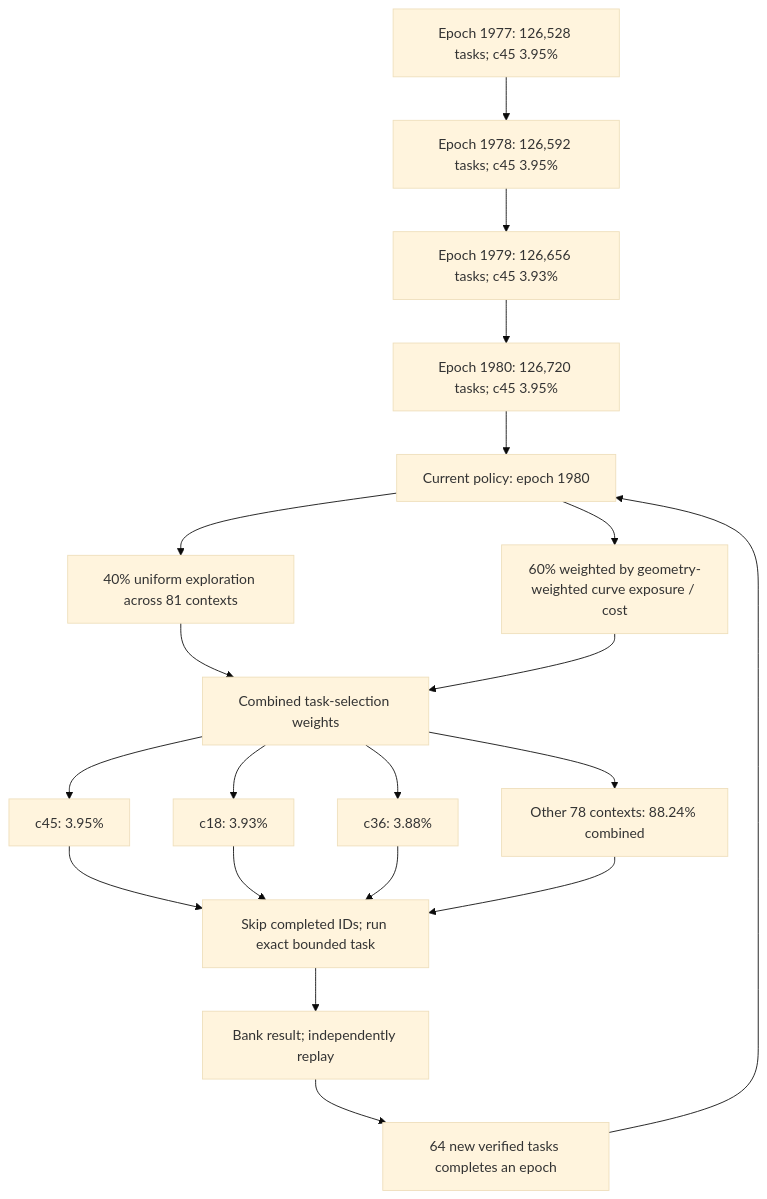
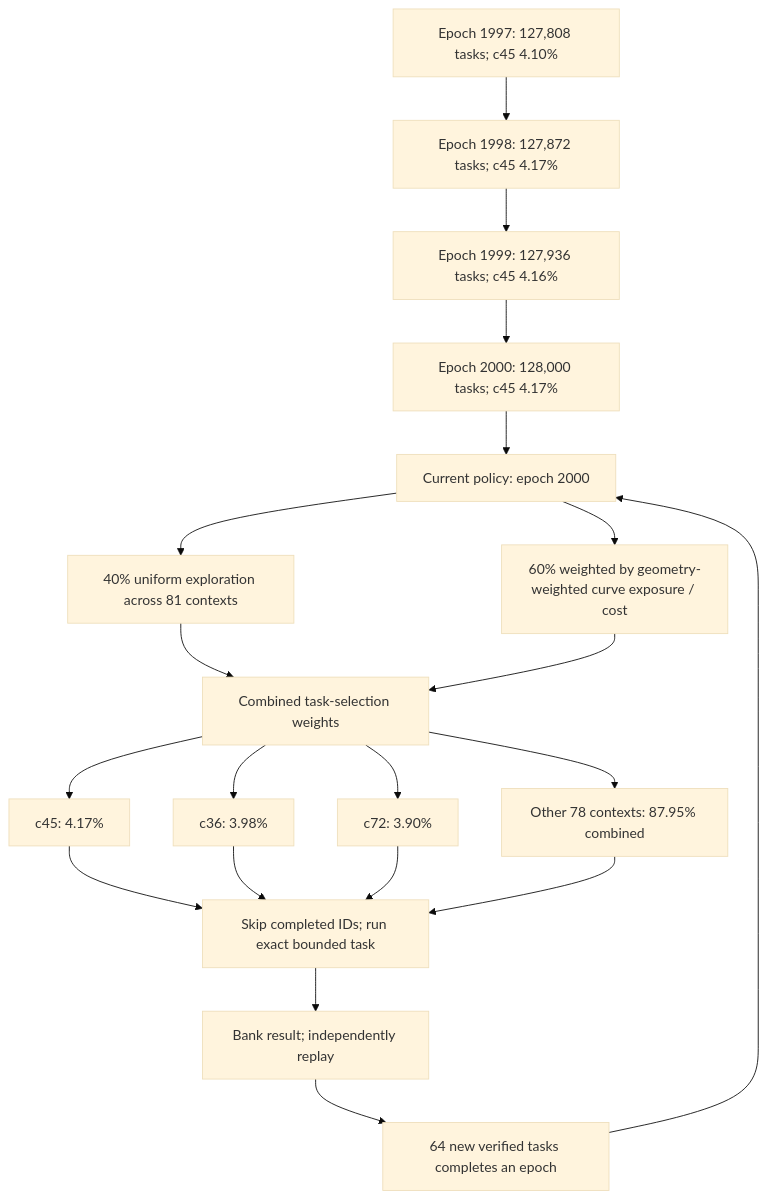
Before and after one commit to Kuberwastaken/math-gambling: the first of 3 diagrams in README.md, drawn with Mermaid (base theme). The commit also changed other lines of this file and 2634 other files, not shown here.

````diff
--- a/README.md
+++ b/README.md
@@ -56,27 +56,27 @@
 ```mermaid
 flowchart TD
-    H0["Epoch 1977: 126,528 tasks; c45 3.95%"]
-    H1["Epoch 1978: 126,592 tasks; c45 3.95%"]
+    H0["Epoch 1997: 127,808 tasks; c45 4.10%"]
+    H1["Epoch 1998: 127,872 tasks; c45 4.17%"]
     H0 --> H1
-    H2["Epoch 1979: 126,656 tasks; c45 3.93%"]
+    H2["Epoch 1999: 127,936 tasks; c45 4.16%"]
     H1 --> H2
-    H3["Epoch 1980: 126,720 tasks; c45 3.95%"]
+    H3["Epoch 2000: 128,000 tasks; c45 4.17%"]
     H2 --> H3
-    Policy["Current policy: epoch 1980"]
+    Policy["Current policy: epoch 2000"]
     H3 --> Policy
     Policy --> Explore["40% uniform exploration across 81 contexts"]
     Policy --> Cost["60% weighted by geometry-weighted curve exposure / cost"]
     Explore --> Mix["Combined task-selection weights"]
     Cost --> Mix
-    Mix --> C0["c45: 3.95%"]
-    Mix --> C1["c18: 3.93%"]
-    Mix --> C2["c36: 3.88%"]
-    Mix --> Rest["Other 78 contexts: 88.24% combined"]
+    Mix --> C0["c45: 4.17%"]
+    Mix --> C1["c36: 3.98%"]
+    Mix --> C2["c72: 3.90%"]
+    Mix --> Rest["Other 78 contexts: 87.95% combined"]
     C0 --> Check["Skip completed IDs; run exact bounded task"]
     C1 --> Check
     C2 --> Check
     Rest --> Check
     Check --> Replay["Bank result; independently replay"]
     Replay --> Gate["64 new verified tasks completes an epoch"]
     Gate --> Policy
 ```
````
